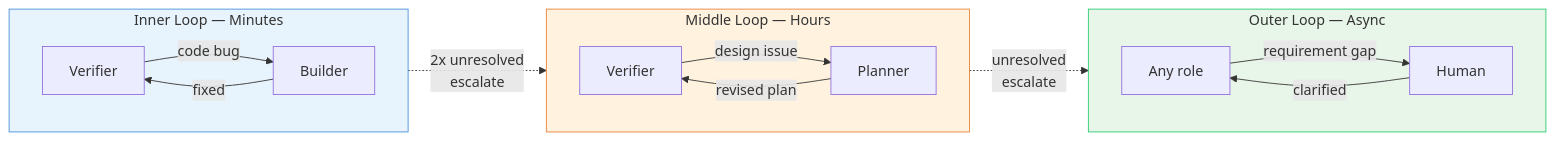
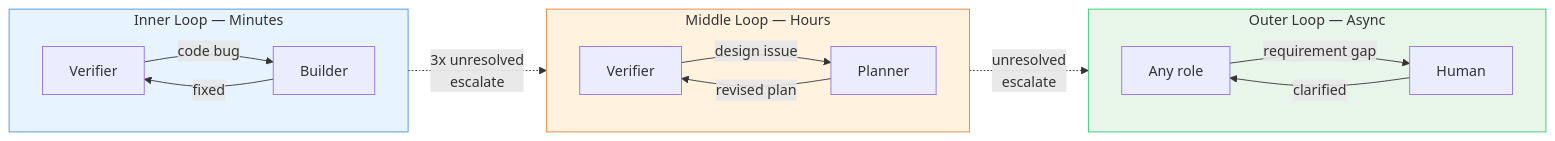
The second of 2 diagrams in README.md (hex1n/baton), drawn with Mermaid before and after one commit. The commit also changed other lines of this file and 8 other files, not shown here.

````diff
--- a/README.md
+++ b/README.md
@@ -98,27 +98,27 @@
 ```mermaid
 flowchart LR
     subgraph Inner["Inner Loop — Minutes"]
         direction LR
         V1[Verifier] -->|code bug| B1[Builder]
         B1 -->|fixed| V1
     end
 
     subgraph Middle["Middle Loop — Hours"]
         direction LR
         V2[Verifier] -->|design issue| P1[Planner]
         P1 -->|revised plan| V2
     end
 
     subgraph Outer["Outer Loop — Async"]
         direction LR
         Any[Any role] -->|requirement gap| H1[Human]
         H1 -->|clarified| Any
     end
 
-    Inner -.->|"2x unresolved<br/>escalate"| Middle
+    Inner -.->|"3x unresolved<br/>escalate"| Middle
     Middle -.->|"unresolved<br/>escalate"| Outer
 
     style Inner fill:#E8F4FD,stroke:#4A90D9
     style Middle fill:#FFF3E0,stroke:#E8833A
     style Outer fill:#E8F5E9,stroke:#2ECC71
 ```
````
